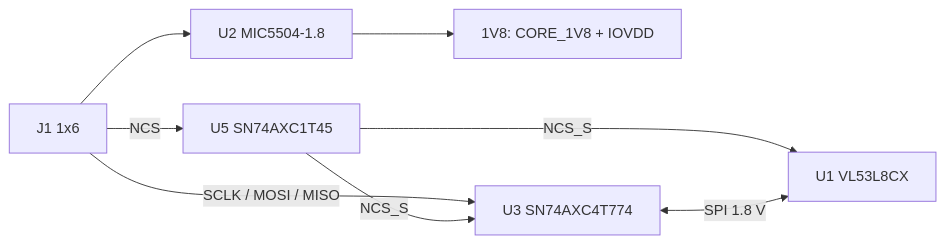
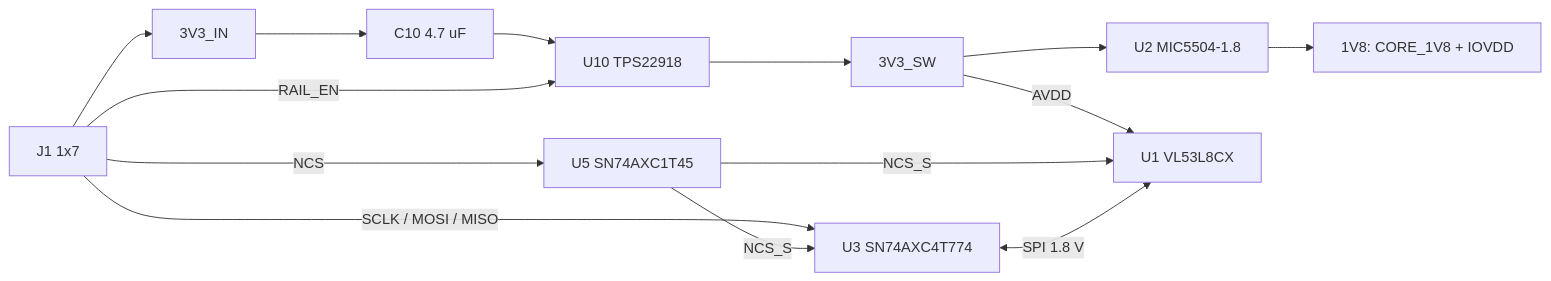
The second of 2 diagrams in README.md (sabinM1/VL53L8CX-carrier), drawn with Mermaid before and after one commit. The commit also changed other lines of this file and 5 other files, not shown here.

````diff
--- a/README.md
+++ b/README.md
@@ -69,10 +71,16 @@
 ```mermaid
 flowchart LR
-    J1["J1 1x6"] --> LDO["U2 MIC5504-1.8"]
+    J1["J1 1x7"] --> IN["3V3_IN"]
+    IN --> C10["C10 4.7 uF"]
+    C10 --> U10["U10 TPS22918"]
+    J1 -->|RAIL_EN| U10
+    U10 --> SW["3V3_SW"]
+    SW --> LDO["U2 MIC5504-1.8"]
     LDO --> V18["1V8: CORE_1V8 + IOVDD"]
+    SW -->|AVDD| S["U1 VL53L8CX"]
     J1 -->|"SCLK / MOSI / MISO"| U3["U3 SN74AXC4T774"]
     J1 -->|"NCS"| U5["U5 SN74AXC1T45"]
-    U5 -->|"NCS_S"| S["U1 VL53L8CX"]
+    U5 -->|"NCS_S"| S
     U5 -->|"NCS_S"| U3
     U3 <-->|"SPI 1.8 V"| S
 ```
````
